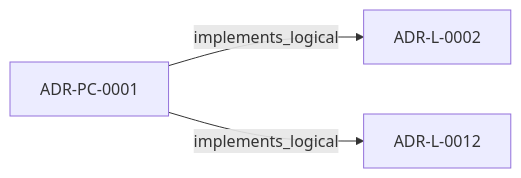
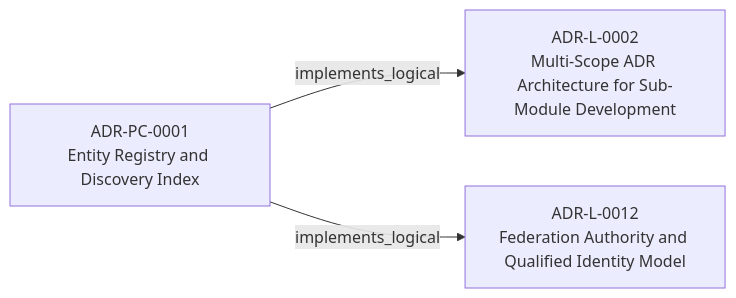
The second of 3 diagrams in adrs/adr-projection/physical-component/ADR-PC-0001-entity-registry-and-discovery-index.md (egallmann/adr-architecture-kit), drawn with Mermaid before and after one commit. The commit also changed other lines of this file and 35 other files, not shown here.

````diff
--- a/adrs/adr-projection/physical-component/ADR-PC-0001-entity-registry-and-discovery-index.md
+++ b/adrs/adr-projection/physical-component/ADR-PC-0001-entity-registry-and-discovery-index.md
@@ -45,8 +73,8 @@
 ```mermaid
 flowchart LR
-  n_019fee89_e615_7f19_810b_c7b33a9d9e0d["ADR-L-0002"]
-  n_019fee89_e616_744f_b63e_5ecddf344faa["ADR-L-0012"]
-  n_019fee89_e617_7270_ab2f_58a756d2530e["ADR-PC-0001"]
+  n_019fee89_e615_7f19_810b_c7b33a9d9e0d["ADR-L-0002<br/>Multi-Scope ADR Architecture for Sub-Module Development"]
+  n_019fee89_e616_744f_b63e_5ecddf344faa["ADR-L-0012<br/>Federation Authority and Qualified Identity Model"]
+  n_019fee89_e617_7270_ab2f_58a756d2530e["ADR-PC-0001<br/>Entity Registry and Discovery Index"]
   n_019fee89_e617_7270_ab2f_58a756d2530e -->|"implements_logical"| n_019fee89_e615_7f19_810b_c7b33a9d9e0d
   n_019fee89_e617_7270_ab2f_58a756d2530e -->|"implements_logical"| n_019fee89_e616_744f_b63e_5ecddf344faa
 ```
````
